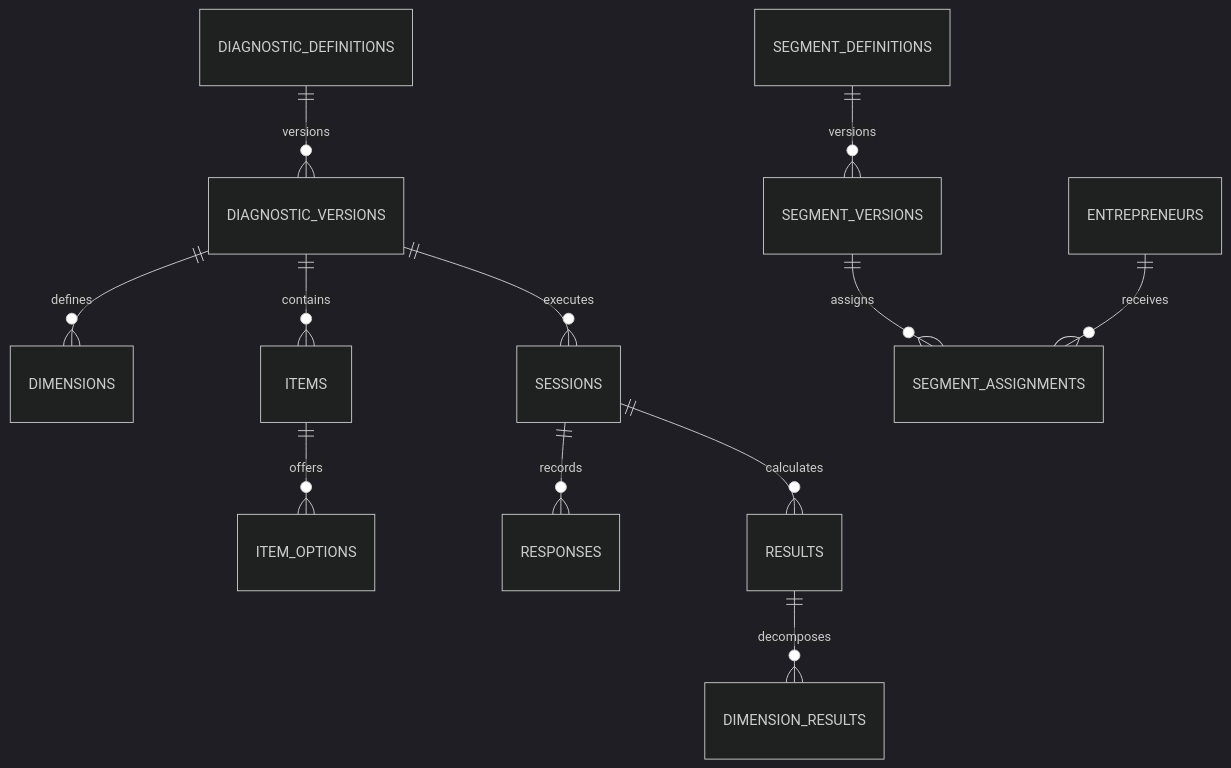
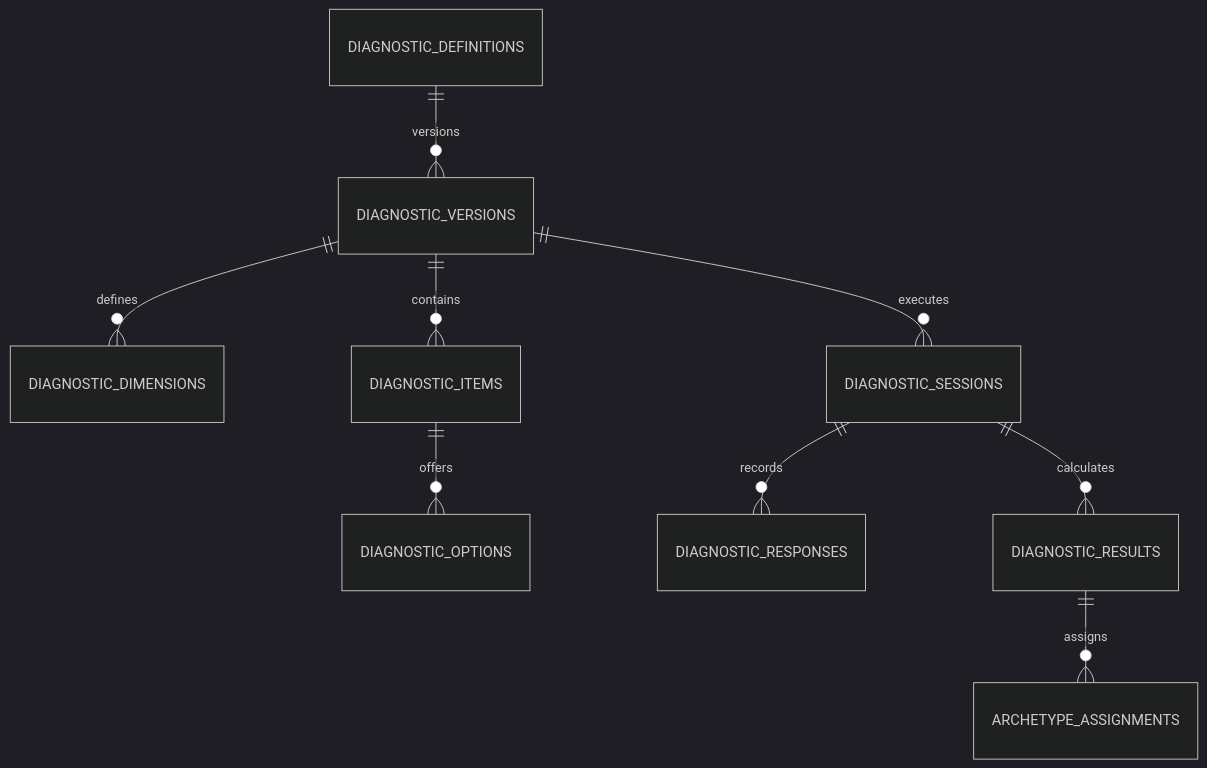
One commit to pablo-marchina/LMS-estimulo changed the third of 4 diagrams in docs/data/database/DATABASE_ERD.md. Above: the diagram before and after it, drawn with Mermaid (dark theme). The commit also changed other lines of this file and 13 other files, not shown here.

````diff
--- a/docs/data/database/DATABASE_ERD.md
+++ b/docs/data/database/DATABASE_ERD.md
@@ -55,14 +38,11 @@
 ```mermaid
 erDiagram
   DIAGNOSTIC_DEFINITIONS ||--o{ DIAGNOSTIC_VERSIONS : versions
-  DIAGNOSTIC_VERSIONS ||--o{ DIMENSIONS : defines
-  DIAGNOSTIC_VERSIONS ||--o{ ITEMS : contains
-  ITEMS ||--o{ ITEM_OPTIONS : offers
-  DIAGNOSTIC_VERSIONS ||--o{ SESSIONS : executes
-  SESSIONS ||--o{ RESPONSES : records
-  SESSIONS ||--o{ RESULTS : calculates
-  RESULTS ||--o{ DIMENSION_RESULTS : decomposes
-  SEGMENT_DEFINITIONS ||--o{ SEGMENT_VERSIONS : versions
-  SEGMENT_VERSIONS ||--o{ SEGMENT_ASSIGNMENTS : assigns
-  ENTREPRENEURS ||--o{ SEGMENT_ASSIGNMENTS : receives
+  DIAGNOSTIC_VERSIONS ||--o{ DIAGNOSTIC_DIMENSIONS : defines
+  DIAGNOSTIC_VERSIONS ||--o{ DIAGNOSTIC_ITEMS : contains
+  DIAGNOSTIC_ITEMS ||--o{ DIAGNOSTIC_OPTIONS : offers
+  DIAGNOSTIC_VERSIONS ||--o{ DIAGNOSTIC_SESSIONS : executes
+  DIAGNOSTIC_SESSIONS ||--o{ DIAGNOSTIC_RESPONSES : records
+  DIAGNOSTIC_SESSIONS ||--o{ DIAGNOSTIC_RESULTS : calculates
+  DIAGNOSTIC_RESULTS ||--o{ ARCHETYPE_ASSIGNMENTS : assigns
 ```
````
